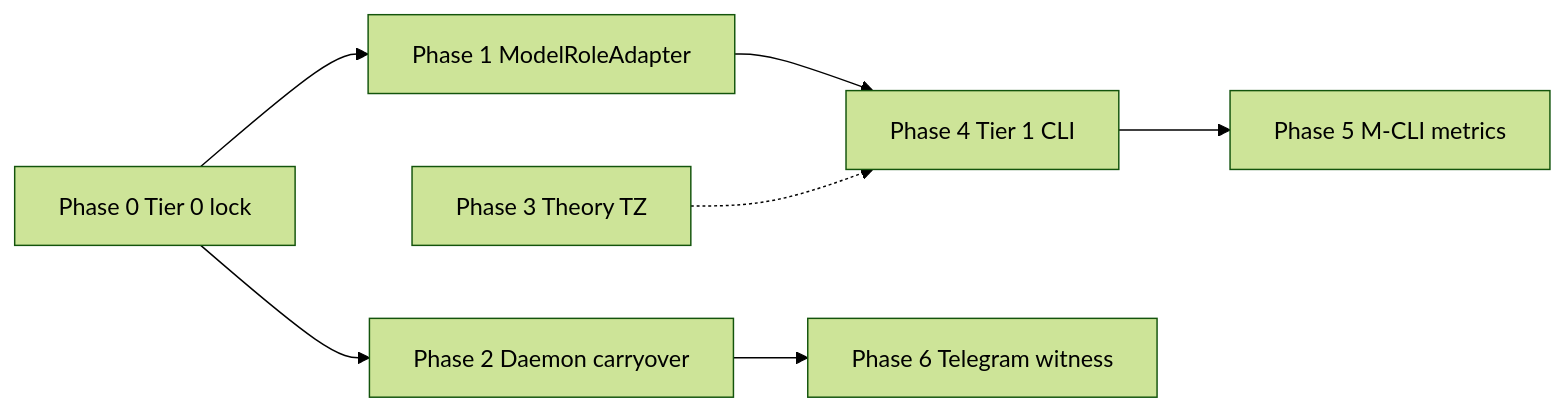
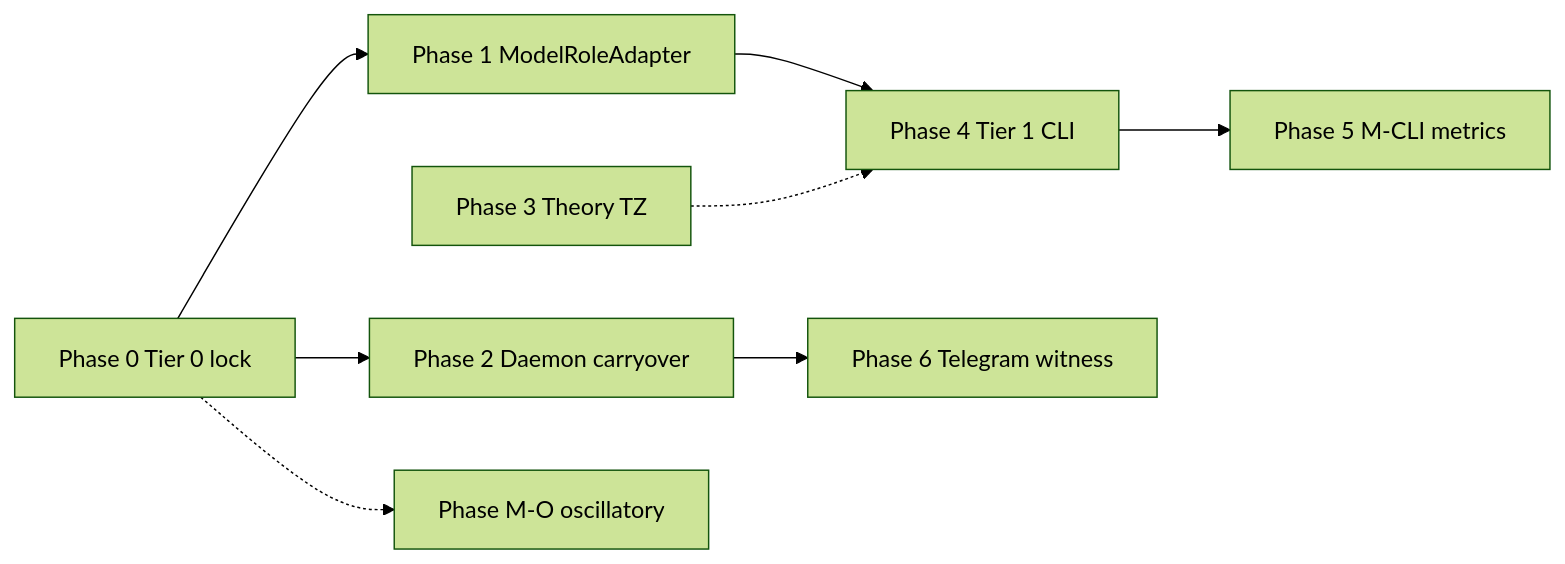
One commit to errorlogy/eia changed the diagram in docs/ENDOGENEITY_IMPLEMENTATION_PLAN.md. Above: the diagram before and after it, drawn with Mermaid (forest theme). The commit also changed other lines of this file and 5 other files, not shown here.

Commit message:
docs(sci-flow): M-O oscillatory endogeneity substrate (adjunct, not Kuramoto-as-E)

````diff
--- a/docs/ENDOGENEITY_IMPLEMENTATION_PLAN.md
+++ b/docs/ENDOGENEITY_IMPLEMENTATION_PLAN.md
@@ -324,17 +347,19 @@
 ```mermaid
 flowchart LR
   P0[Phase 0 Tier 0 lock]
   P1[Phase 1 ModelRoleAdapter]
   P2[Phase 2 Daemon carryover]
   P3[Phase 3 Theory TZ]
   P4[Phase 4 Tier 1 CLI]
   P5[Phase 5 M-CLI metrics]
   P6[Phase 6 Telegram witness]
 
   P0 --> P1
   P0 --> P2
+  PMO[Phase M-O oscillatory]
+  P0 -.-> PMO
   P1 --> P4
   P2 --> P6
   P4 --> P5
   P3 -.-> P4
 ```
````
